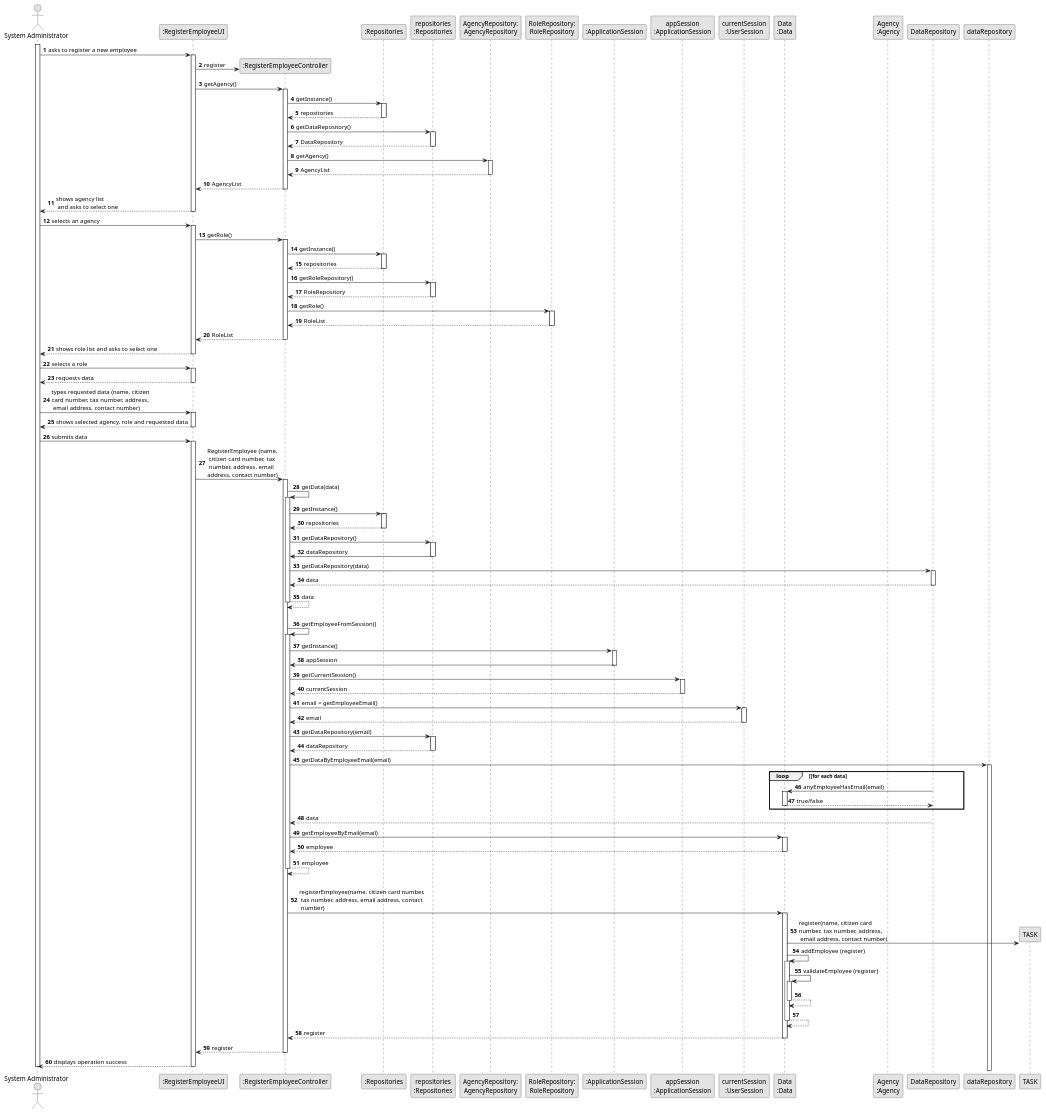
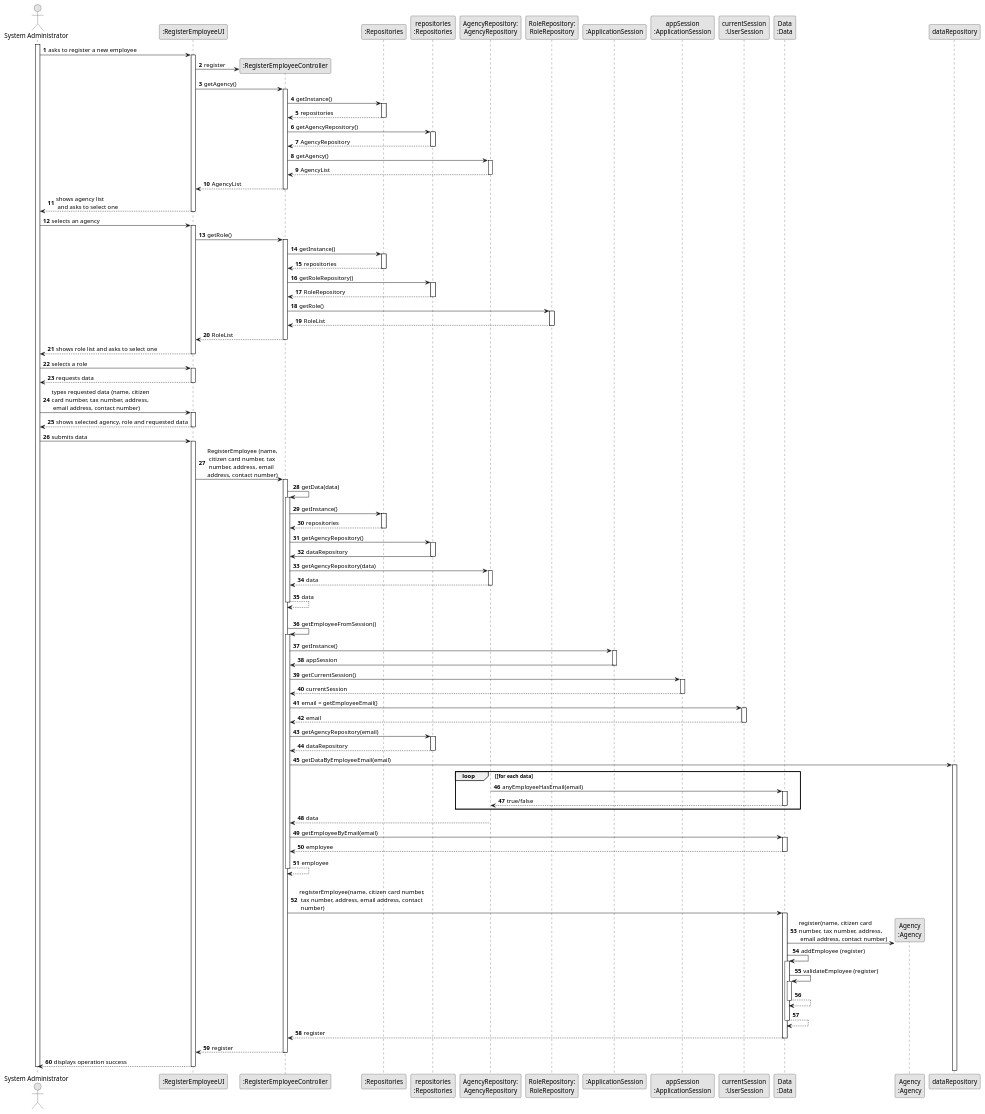
One commit to rita-barbosa/LAPR2-2223 changed the diagram in docs/sprintB/us003/03.design/puml/us003-sequence-diagram-full.puml. Above: the diagram before and after it, drawn with PlantUML. The commit also changed 3 other files, not shown here.

```diff
--- a/docs/sprintB/us003/03.design/puml/us003-sequence-diagram-full.puml
+++ b/docs/sprintB/us003/03.design/puml/us003-sequence-diagram-full.puml
@@ -38,10 +38,10 @@
                     RepositorySingleton --> CTRL: repositories
                 deactivate RepositorySingleton
 
-                CTRL -> PLAT : getDataRepository()
+                CTRL -> PLAT : getAgencyRepository()
                 activate PLAT
 
-                    PLAT --> CTRL: DataRepository
+                    PLAT --> CTRL: AgencyRepository
                 deactivate PLAT
 
                 CTRL -> AgencyRepository : getAgency()
@@ -114,17 +114,17 @@
                     RepositorySingleton --> CTRL: repositories
                 deactivate RepositorySingleton
 
-                CTRL -> PLAT : getDataRepository()
+                CTRL -> PLAT : getAgencyRepository()
                 activate PLAT
 
                     PLAT -> CTRL : dataRepository
                 deactivate PLAT
 
-                CTRL -> DataRepository : getDataRepository(data)
-                activate DataRepository
+                CTRL -> AgencyRepository : getAgencyRepository(data)
+                activate AgencyRepository
 
-                    DataRepository --> CTRL : data
-                deactivate DataRepository
+                    AgencyRepository --> CTRL : data
+                deactivate AgencyRepository
                     CTRL --> CTRL : data
             deactivate CTRL
 
@@ -151,7 +151,7 @@
                 deactivate SESSAO
 
 
-                CTRL -> PLAT: getDataRepository(email)
+                CTRL -> PLAT: getAgencyRepository(email)
                 activate PLAT
 
                     PLAT --> CTRL: dataRepository
@@ -162,14 +162,14 @@
                 activate dataRepository
 
                     loop [for each data
-                        DataRepository -> DATA : anyEmployeeHasEmail(email)
+                        AgencyRepository -> DATA : anyEmployeeHasEmail(email)
                         activate DATA
 
-                             DATA --> DataRepository : true/false
+                             DATA --> AgencyRepository : true/false
                         deactivate DATA
                     end
-                    DataRepository --> CTRL : data
-                deactivate DataRepository
+                    AgencyRepository --> CTRL : data
+                deactivate AgencyRepository
 
                 CTRL -> DATA: getEmployeeByEmail(email)
                 activate DATA
@@ -184,7 +184,7 @@
             CTRL -> DATA: registerEmployee(name, citizen card number,\n tax number, address, email address, contact\n number)
             activate DATA
 
-                DATA -> TASK**: register(name, citizen card \nnumber, tax number, address,\n email address, contact number)
+                DATA -> AGENCY**: register(name, citizen card \nnumber, tax number, address,\n email address, contact number)
                 DATA -> DATA: addEmployee (register)
 
 
```
